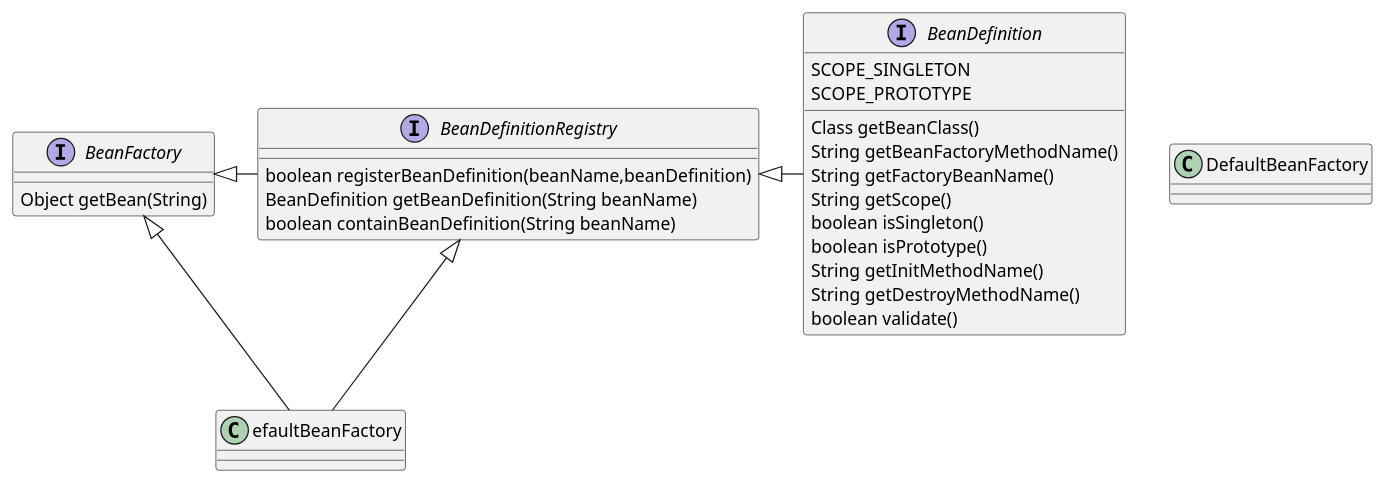
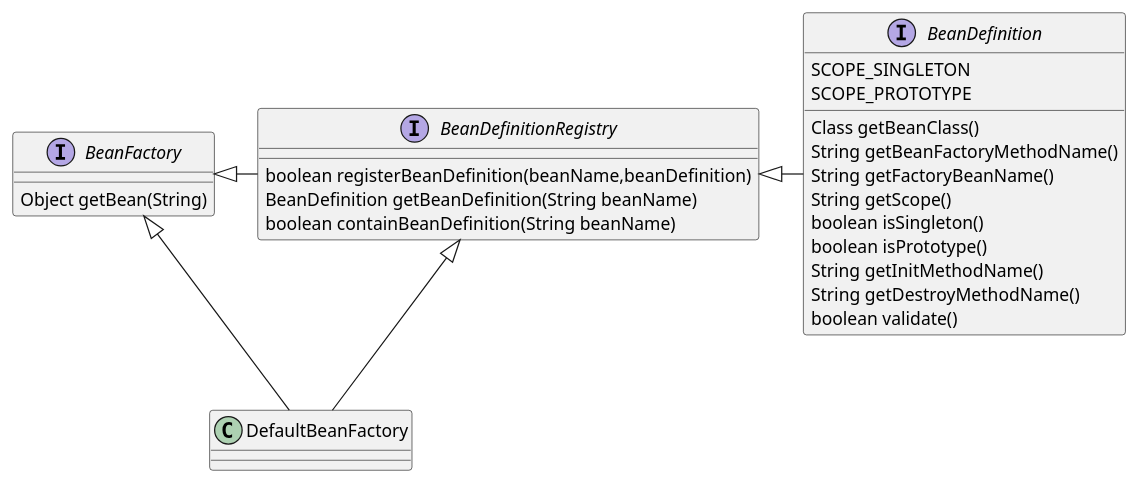
The diagram in customize/ioc/src/main/java/com/whistle/code/customize/ioc/ioc.puml (Gentvel/whistle), drawn with PlantUML before and after one commit. The commit also changed 61 other files, not shown here.

```diff
--- a/customize/ioc/src/main/java/com/whistle/code/customize/ioc/ioc.puml
+++ b/customize/ioc/src/main/java/com/whistle/code/customize/ioc/ioc.puml
@@ -1,34 +1,33 @@
 @startuml
 
 interface BeanFactory{
     Object getBean(String)
 }
 
 interface BeanDefinitionRegistry{
     boolean registerBeanDefinition(beanName,beanDefinition)
     BeanDefinition getBeanDefinition(String beanName)
     boolean containBeanDefinition(String beanName)
 }
 
 interface BeanDefinition{
     SCOPE_SINGLETON
     SCOPE_PROTOTYPE
     Class getBeanClass()
     String getBeanFactoryMethodName()
     String getFactoryBeanName()
     String getScope()
     boolean isSingleton()
     boolean isPrototype()
     String getInitMethodName()
     String getDestroyMethodName()
     boolean validate()
 }
 
-BeanDefinitionRegistry <|-BeanDefinition
-BeanFactory <|-BeanDefinitionRegistry
+BeanDefinitionRegistry <|- BeanDefinition
+BeanFactory <|- BeanDefinitionRegistry
 
-Class DefaultBeanFactory
 
-BeanDefinitionRegistry<|--DefaultBeanFactory
-BeanFactory<|--DefaultBeanFactory
+BeanDefinitionRegistry<|-- DefaultBeanFactory
+BeanFactory<|-- DefaultBeanFactory
 @enduml
```
